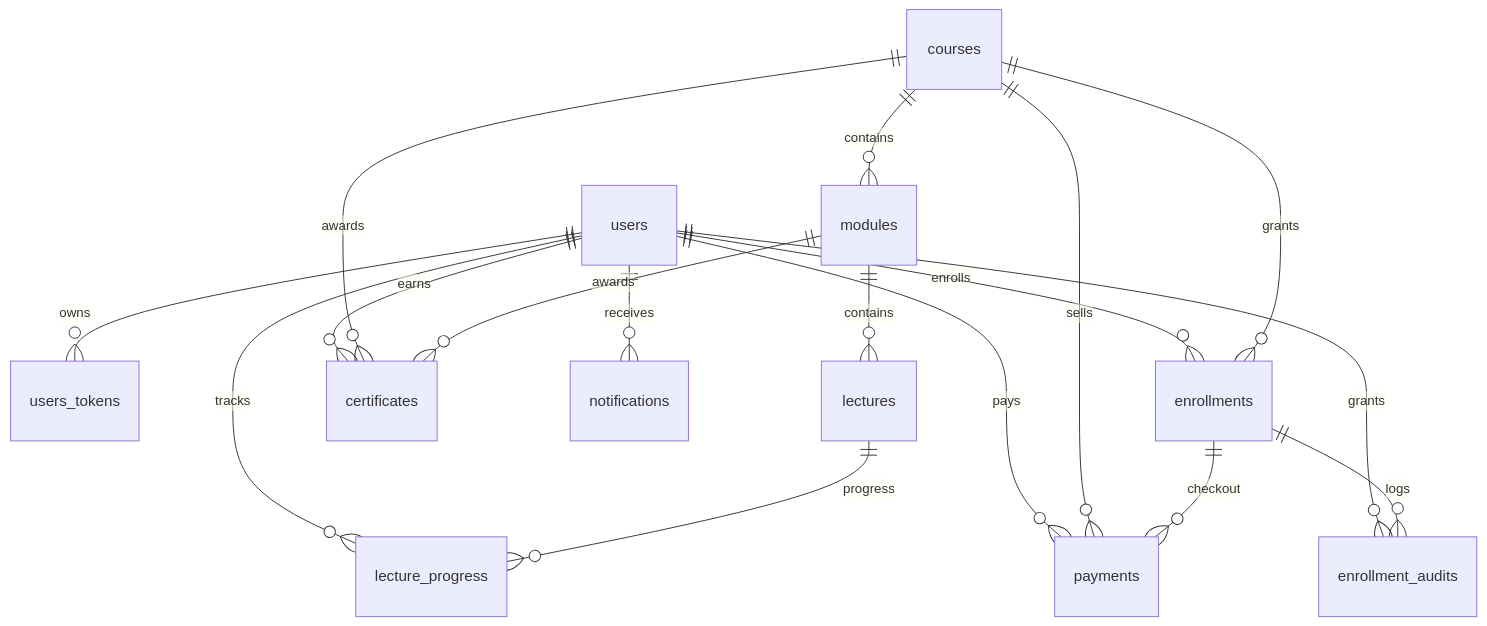
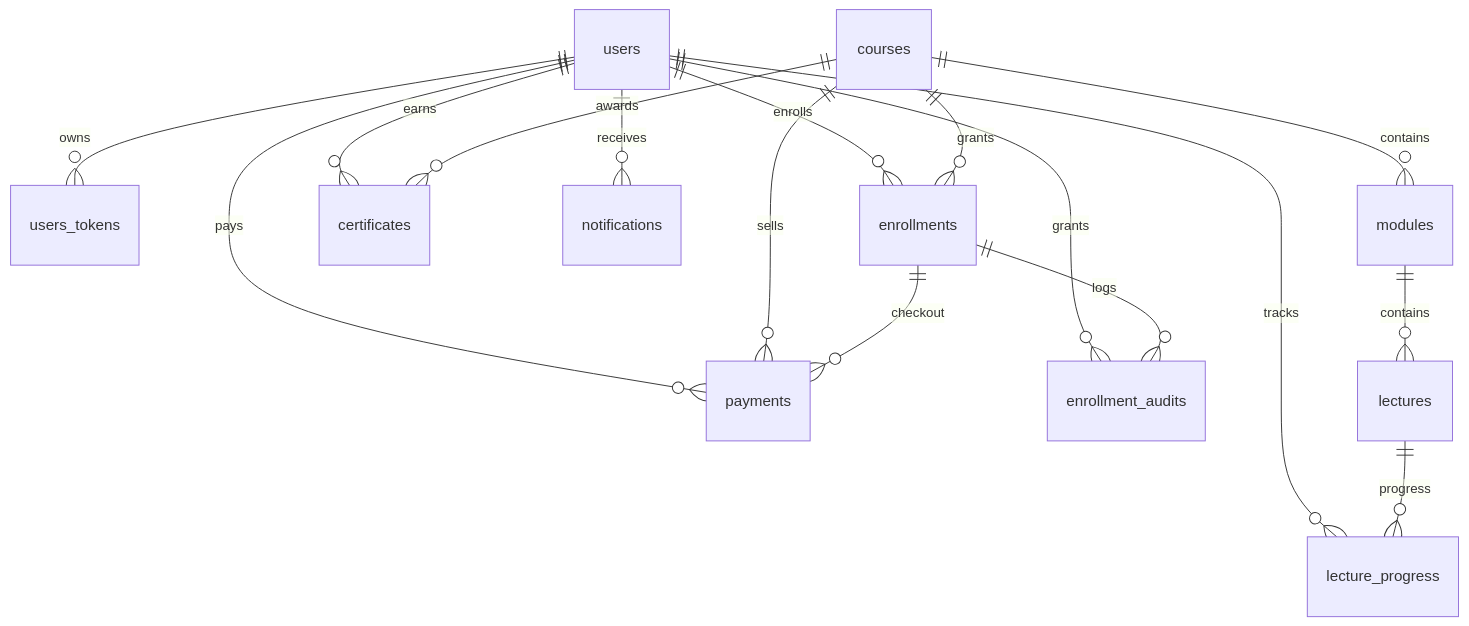
The diagram in docs/DATA_MODEL.md (Vumbuzi-AI/wasomi), drawn with Mermaid before and after one commit. The commit also changed other lines of this file and 22 other files, not shown here.

````diff
--- a/docs/DATA_MODEL.md
+++ b/docs/DATA_MODEL.md
@@ -5,19 +5,18 @@
 ```mermaid
 erDiagram
   users ||--o{ users_tokens : owns
   users ||--o{ enrollments : enrolls
   users ||--o{ payments : pays
   users ||--o{ lecture_progress : tracks
   users ||--o{ certificates : earns
   users ||--o{ enrollment_audits : grants
   users ||--o{ notifications : receives
   courses ||--o{ modules : contains
   modules ||--o{ lectures : contains
   courses ||--o{ enrollments : grants
   courses ||--o{ payments : sells
   enrollments ||--o{ payments : checkout
   enrollments ||--o{ enrollment_audits : logs
   lectures ||--o{ lecture_progress : progress
   courses ||--o{ certificates : awards
-  modules ||--o{ certificates : awards
 ```
````
